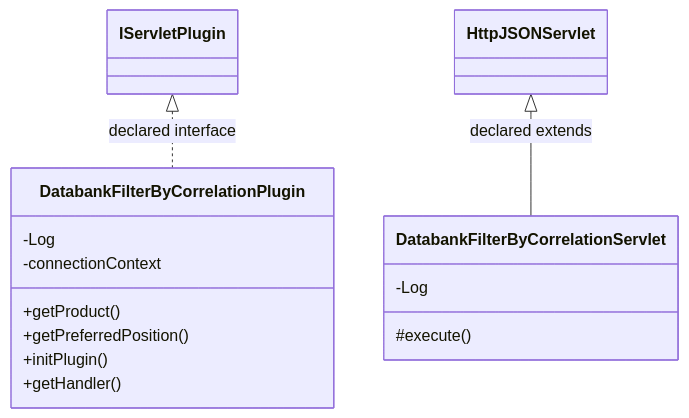
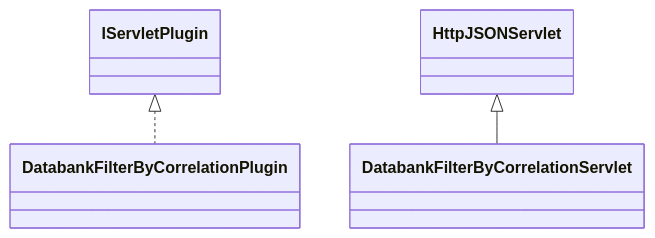
Before and after one commit to haruperi/HaruQuantAI: the diagram in docs/sqx/Results/DatabankFilterByCorrelation.md, drawn with Mermaid. The commit also changed other lines of this file and 1688 other files, not shown here.

````diff
--- a/docs/sqx/Results/DatabankFilterByCorrelation.md
+++ b/docs/sqx/Results/DatabankFilterByCorrelation.md
@@ -30,19 +26,9 @@
 ```mermaid
 classDiagram
-    class C40c526960edd["DatabankFilterByCorrelationPlugin"] {
-        -Log
-        -connectionContext
-        +getProduct()
-        +getPreferredPosition()
-        +initPlugin()
-        +getHandler()
-    }
-    class Cee60f33c1fbd["DatabankFilterByCorrelationServlet"] {
-        -Log
-        #execute()
-    }
-    class C249b5c671b1a["IServletPlugin"]
-    class C8900f90ae594["HttpJSONServlet"]
-    C249b5c671b1a <|.. C40c526960edd : declared interface
-    C8900f90ae594 <|-- Cee60f33c1fbd : declared extends
+    class C0["DatabankFilterByCorrelationPlugin"]
+    class C1["DatabankFilterByCorrelationServlet"]
+    class E0["IServletPlugin"]
+    E0 <|.. C0
+    class E1["HttpJSONServlet"]
+    E1 <|-- C1
 ```
````
